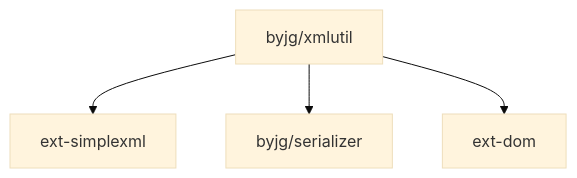
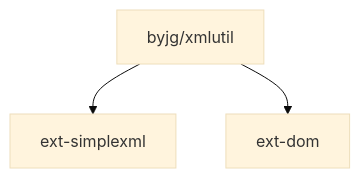
Before and after one commit to byjg/php-xmlutil: the diagram in README.md, drawn with Mermaid (base theme). The commit also changed other lines of this file and 5 other files, not shown here.

````diff
--- a/README.md
+++ b/README.md
@@ -41,6 +34,5 @@
 ```mermaid
 flowchart TD
     byjg/xmlutil --> ext-simplexml
-    byjg/xmlutil --> byjg/serializer
     byjg/xmlutil --> ext-dom
 ```
````
